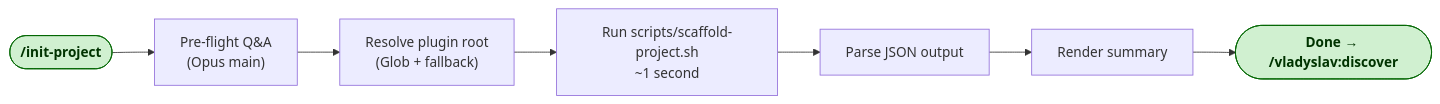
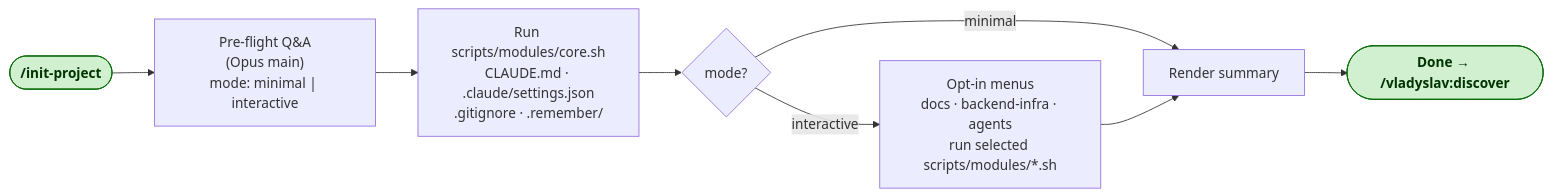
The first of 15 diagrams in docs/diagrams/skill-flows.md (vladislavsournine/vladyslav-skills), drawn with Mermaid before and after one commit. The commit also changed 4 other files, not shown here.

First line of the commit message:
docs: reflect modular init-project in README, help, manual, architecture, diagrams

````diff
--- a/docs/diagrams/skill-flows.md
+++ b/docs/diagrams/skill-flows.md
@@ -11,12 +11,13 @@
 ```mermaid
 flowchart LR
-    A([/init-project]):::start --> B["Pre-flight Q&A<br/>(Opus main)"]
-    B --> C["Resolve plugin root<br/>(Glob + fallback)"]
-    C --> D[Run scripts/scaffold-project.sh<br/>~1 second]
-    D --> E[Parse JSON output]
-    E --> F[Render summary]
+    A([/init-project]):::start --> B["Pre-flight Q&A<br/>(Opus main)<br/>mode: minimal | interactive"]
+    B --> C["Run scripts/modules/core.sh<br/>CLAUDE.md · .claude/settings.json<br/>.gitignore · .remember/"]
+    C --> D{mode?}
+    D -- minimal --> F[Render summary]
+    D -- interactive --> E["Opt-in menus<br/>docs · backend-infra · agents<br/>run selected scripts/modules/*.sh"]
+    E --> F
     F --> G([Done → /vladyslav:discover]):::done
 
     classDef start fill:#d0f0d0,stroke:#006600,color:#003300,font-weight:bold
     classDef done  fill:#d0f0d0,stroke:#006600,color:#003300,font-weight:bold
 ```
````
